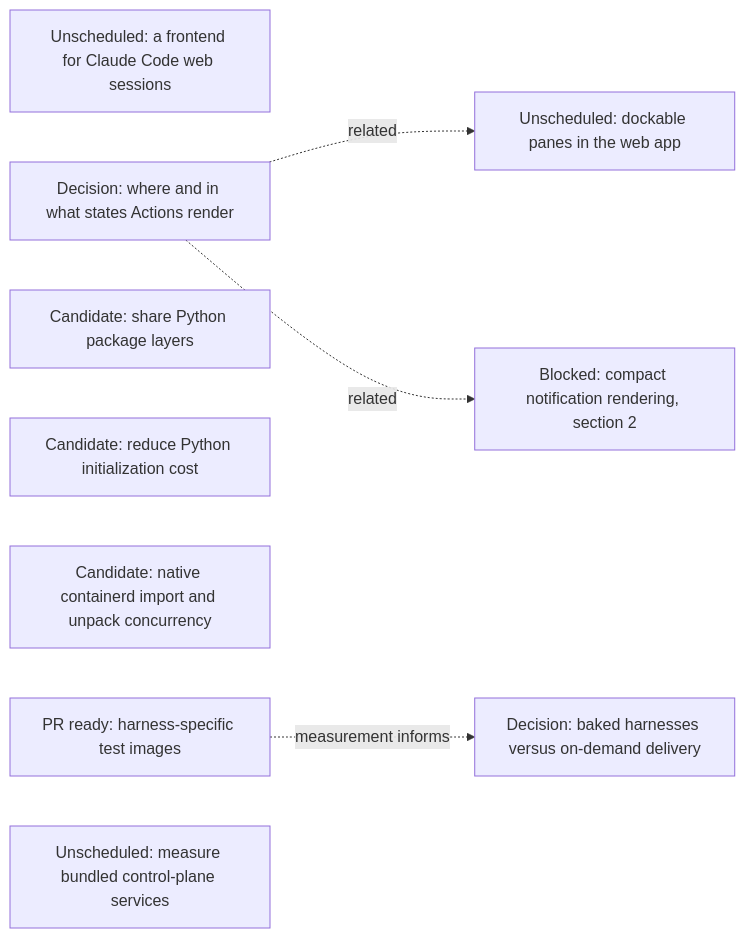
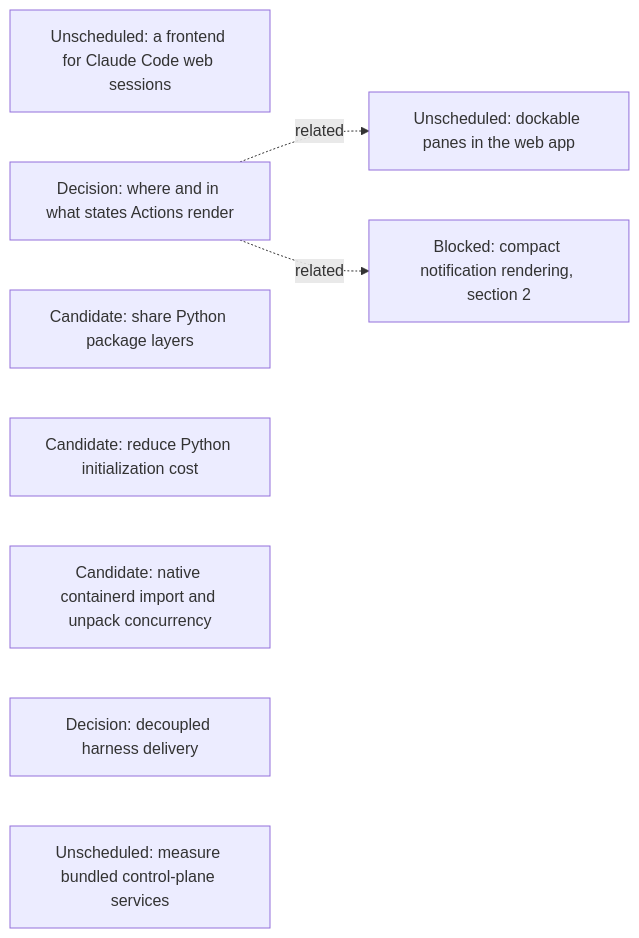
Before and after one commit to agentydragon/ducktape: the seventh of 16 diagrams in agentplane/plans/task_dag.md, drawn with Mermaid. The commit also changed other lines of this file, not shown here.

Commit message:
docs(agentplane): retire landed image split from task DAG

````diff
--- a/agentplane/plans/task_dag.md
+++ b/agentplane/plans/task_dag.md
@@ -583,16 +583,14 @@
 ```mermaid
 flowchart LR
     CLAUDE_CODE_WEB_BRIDGE[Unscheduled: a frontend for Claude Code web sessions]
     ACTION_SURFACES_DESIGN[Decision: where and in what states Actions render]
     K3S_SHARED_PACKAGE_LAYERS[Candidate: share Python package layers]
     K3S_PYTHON_INITIALIZATION[Candidate: reduce Python initialization cost]
     K3S_IMPORT_CONCURRENCY[Candidate: native containerd import and unpack concurrency]
-    K3S_RUNNER_IMAGE_SPLIT[PR ready: harness-specific test images]
-    RUNNER_HARNESS_DELIVERY_DESIGN[Decision: baked harnesses versus on-demand delivery]
-    K3S_RUNNER_IMAGE_SPLIT -. measurement informs .-> RUNNER_HARNESS_DELIVERY_DESIGN
+    RUNNER_HARNESS_DELIVERY_DESIGN[Decision: decoupled harness delivery]
     K3S_BUNDLED_SERVICES_SPIKE[Unscheduled: measure bundled control-plane services]
     DOCKABLE_PANES[Unscheduled: dockable panes in the web app]
     ACTION_SURFACES_DESIGN -. related .-> DOCKABLE_PANES
     NOTIFICATION_PRESENTATION[Blocked: compact notification rendering, section 2]
     ACTION_SURFACES_DESIGN -. related .-> NOTIFICATION_PRESENTATION
 ```
````
